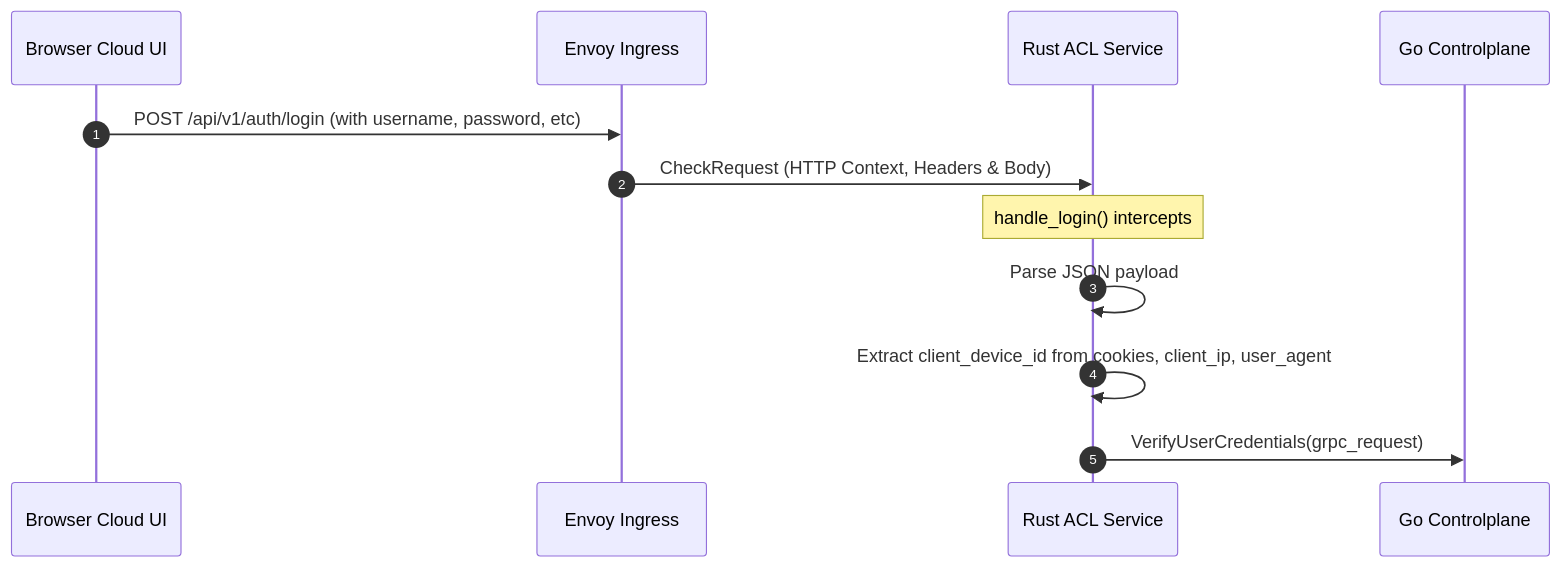
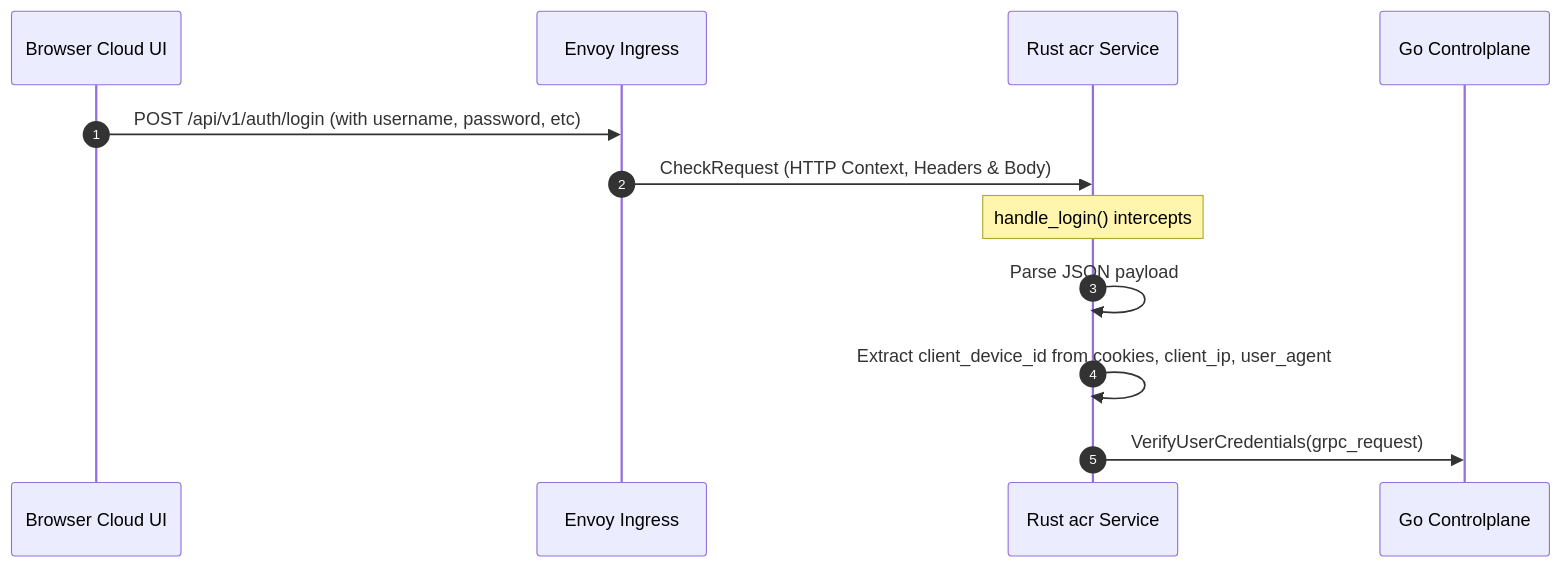
The second of 6 diagrams in god_view/iam/user_login_god_view_workflow.md (phucle996/aurora), drawn with Mermaid before and after one commit. The commit also changed other lines of this file and 72 other files, not shown here.

````diff
--- a/god_view/iam/user_login_god_view_workflow.md
+++ b/god_view/iam/user_login_god_view_workflow.md
@@ -76,15 +76,15 @@
 ```mermaid
 sequenceDiagram
     autonumber
     participant UI as Browser Cloud UI
     participant Envoy as Envoy Ingress
-    participant ACL as Rust ACL Service
+    participant acr as Rust acr Service
     participant CP as Go Controlplane
 
     UI->>Envoy: POST /api/v1/auth/login (with username, password, etc)
-    Envoy->>ACL: CheckRequest (HTTP Context, Headers & Body)
-    Note over ACL: handle_login() intercepts
-    ACL->>ACL: Parse JSON payload
-    ACL->>ACL: Extract client_device_id from cookies, client_ip, user_agent
-    ACL->>CP: VerifyUserCredentials(grpc_request)
+    Envoy->>acr: CheckRequest (HTTP Context, Headers & Body)
+    Note over acr: handle_login() intercepts
+    acr->>acr: Parse JSON payload
+    acr->>acr: Extract client_device_id from cookies, client_ip, user_agent
+    acr->>CP: VerifyUserCredentials(grpc_request)
 ```
````
